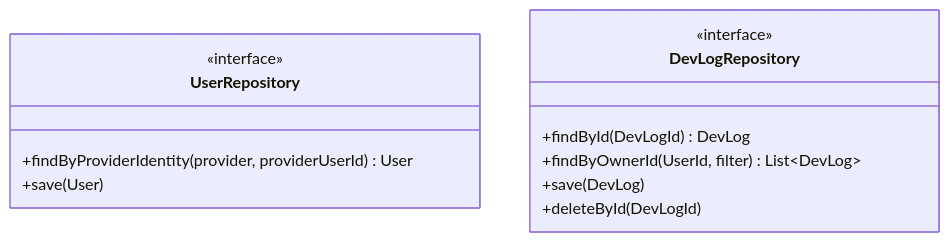
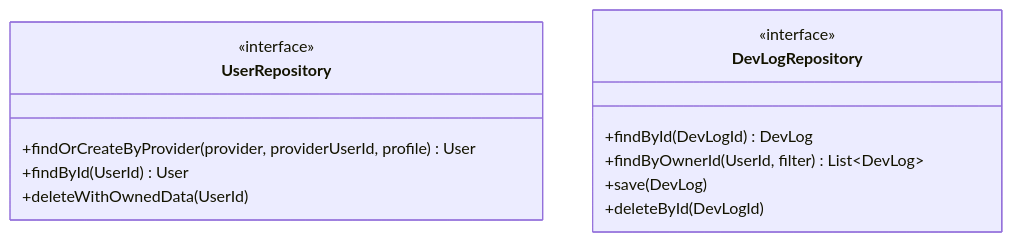
Before and after one commit to myeonnnn/3m-devlog: the fourth of 4 diagrams in docs/domain-model.md, drawn with Mermaid. The commit also changed other lines of this file and 2 other files, not shown here.

Commit message:
docs: README 정리 및 domain-model.md 최신화
- README "AI를 활용한 개발 방식" 제목을 "AI Workflow"로 변경 (CLAUDE.md 상호
  참조도 함께 수정)
- 테스트(server) 섹션의 npm/Makefile 중복 예제를 Makefile 하나로 정리
- AI Workflow 섹션 내 링크 텍스트를 경로 코드체로 통일 (한글 설명 텍스트 ↔
  코드체 경로가 섞여 있던 것을 정리)
- domain-model.md의 DevLog 애그리거트 다이어그램/불변식에 태그 최대 5개,
  logDate 범위 제약(2026-07-28-2 요구사항)을 반영
- UserRepository 다이어그램에 회원탈퇴(deleteWithOwnedData) 메서드 추가 —
  실제 구현(findOrCreateByProvider)과 맞춰 메서드명도 갱신

````diff
--- a/docs/domain-model.md
+++ b/docs/domain-model.md
@@ -117,15 +119,16 @@
 ```mermaid
 classDiagram
     class UserRepository {
         <<interface>>
-        +findByProviderIdentity(provider, providerUserId) User
-        +save(User)
+        +findOrCreateByProvider(provider, providerUserId, profile) User
+        +findById(UserId) User
+        +deleteWithOwnedData(UserId)
     }
     class DevLogRepository {
         <<interface>>
         +findById(DevLogId) DevLog
         +findByOwnerId(UserId, filter) List~DevLog~
         +save(DevLog)
         +deleteById(DevLogId)
     }
 ```
````
